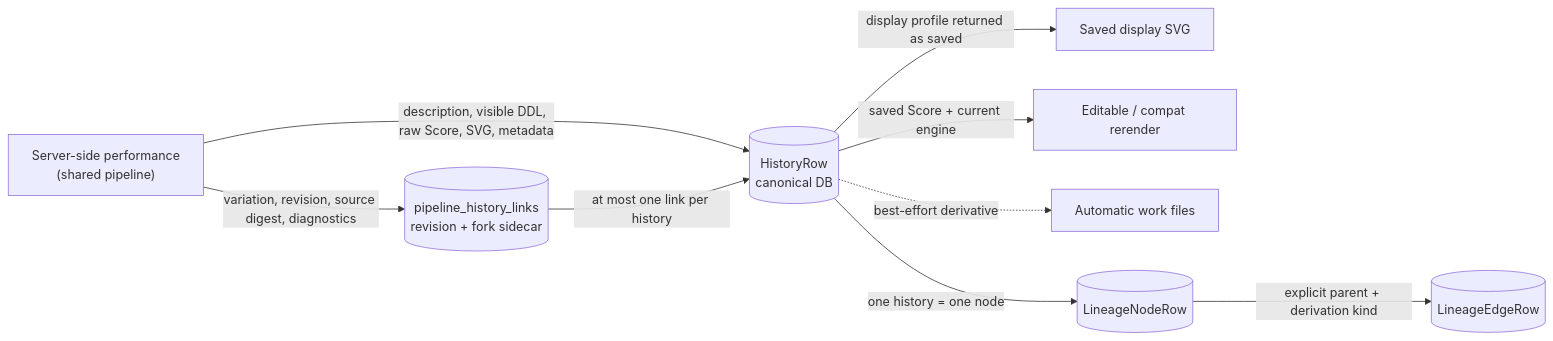
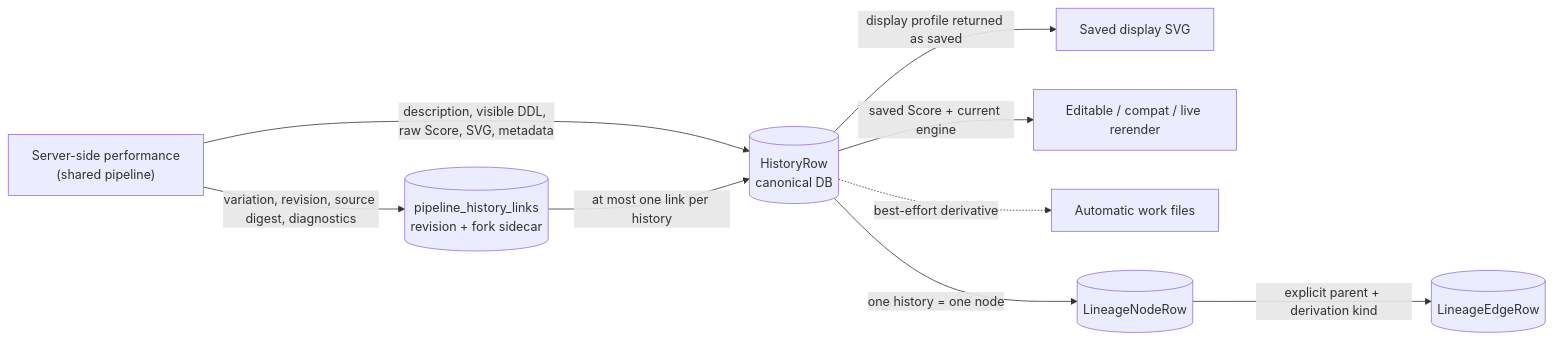
The first of 5 diagrams in docs/architecture/data-history-lineage.md (oikawas/inku-lang), drawn with Mermaid before and after one commit. The commit also changed other lines of this file and 15 other files, not shown here.

````diff
--- a/docs/architecture/data-history-lineage.md
+++ b/docs/architecture/data-history-lineage.md
@@ -5,20 +5,20 @@
 ```mermaid
 flowchart LR
     PAINT["Server-side performance\n(shared pipeline)"]
     ROW[("HistoryRow\ncanonical DB")]
     LINK[("pipeline_history_links\nrevision + fork sidecar")]
     SVG["Saved display SVG"]
-    EXPORT["Editable / compat rerender"]
+    EXPORT["Editable / compat / live rerender"]
     FILES["Automatic work files"]
     NODE[("LineageNodeRow")]
     EDGE[("LineageEdgeRow")]
 
     PAINT -->|"description, visible DDL, raw Score, SVG, metadata"| ROW
     PAINT -->|"variation, revision, source digest, diagnostics"| LINK
     LINK -->|"at most one link per history"| ROW
     ROW -->|"display profile returned as saved"| SVG
     ROW -->|"saved Score + current engine"| EXPORT
     ROW -.->|"best-effort derivative"| FILES
     ROW -->|"one history = one node"| NODE
     NODE -->|"explicit parent + derivation kind"| EDGE
 ```
````
